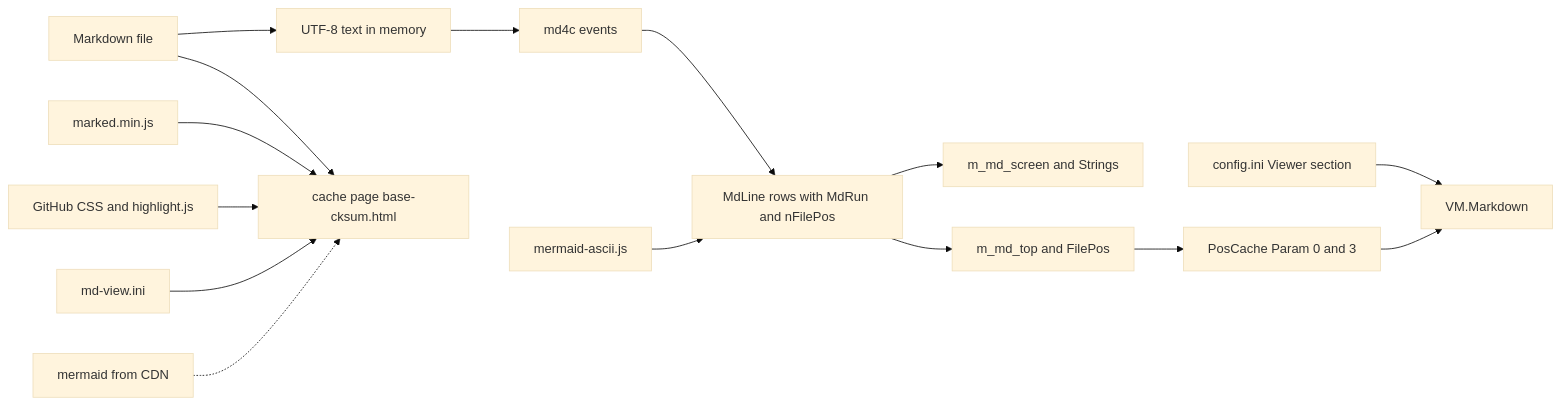
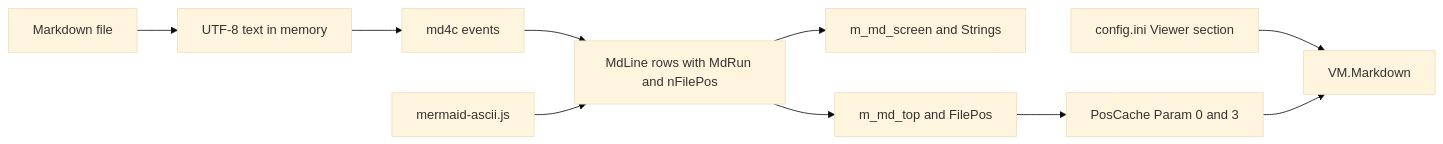
The diagram in docs/architecture/features/markdown/markdown.data.md (slava-kudzinau/far2l), drawn with Mermaid (base theme) before and after one commit. The commit also changed other lines of this file and 13 other files, not shown here.

Commit message:
docs(markdown): remove the browser view from the architecture docs

````diff
--- a/docs/architecture/features/markdown/markdown.data.md
+++ b/docs/architecture/features/markdown/markdown.data.md
@@ -14,17 +13,12 @@
 ```mermaid
 flowchart LR
   file["Markdown file"] --> text["UTF-8 text in memory"]
   text --> md4c["md4c events"]
   md4c --> lines["MdLine rows with MdRun and nFilePos"]
   bundle["mermaid-ascii.js"] --> lines
   lines --> screen["m_md_screen and Strings"]
   lines --> top["m_md_top and FilePos"]
   top --> cache["PosCache Param 0 and 3"]
   settings["config.ini Viewer section"] --> mode["VM.Markdown"]
   cache --> mode
-  file --> page["cache page base-cksum.html"]
-  marked["marked.min.js"] --> page
-  vend["GitHub CSS and highlight.js"] --> page
-  ini["md-view.ini"] --> page
-  cdn["mermaid from CDN"] -.-> page
 ```
````
